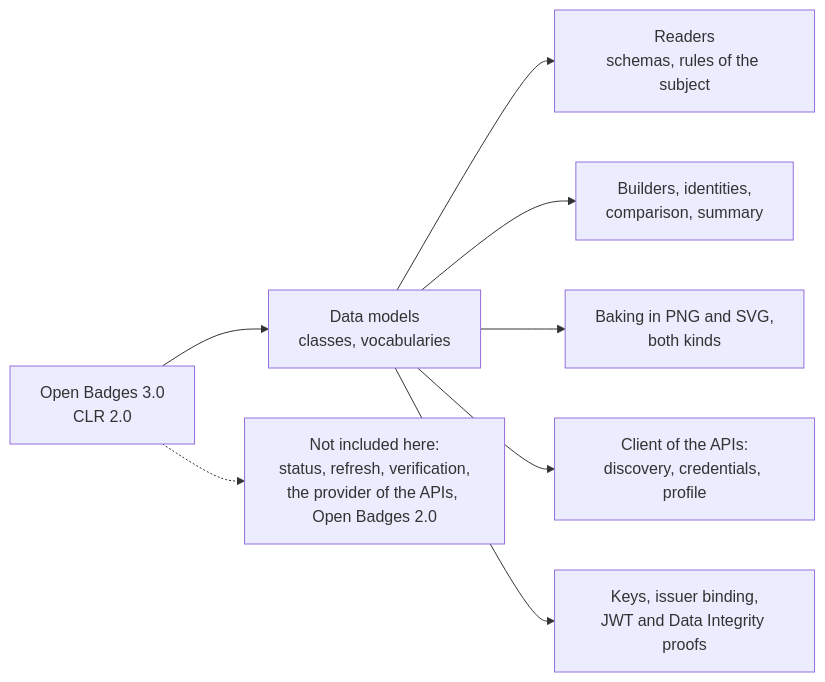
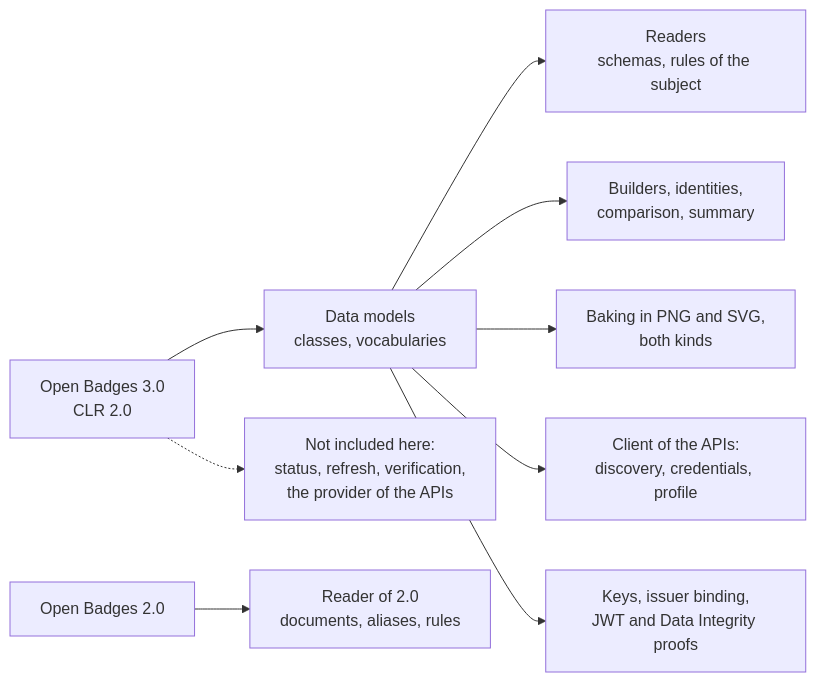
The diagram in docs/achievement-credentials/supported.md (interopkit/interopkit), drawn with Mermaid before and after one commit. The commit also changed other lines of this file and 52 other files, not shown here.

````diff
--- a/docs/achievement-credentials/supported.md
+++ b/docs/achievement-credentials/supported.md
@@ -6,10 +6,11 @@
 ```mermaid
 flowchart LR
   spec["Open Badges 3.0<br/>CLR 2.0"] --> model["Data models<br/>classes, vocabularies"]
   model --> read["Readers<br/>schemas, rules of the subject"]
   model --> issue["Builders, identities,<br/>comparison, summary"]
   model --> baking["Baking in PNG and SVG,<br/>both kinds"]
   model --> client["Client of the APIs:<br/>discovery, credentials, profile"]
   model --> keys["Keys, issuer binding,<br/>JWT and Data Integrity proofs"]
-  spec -.-> outside["Not included here:<br/>status, refresh, verification,<br/>the provider of the APIs, Open Badges 2.0"]
+  spec2["Open Badges 2.0"] --> read2["Reader of 2.0<br/>documents, aliases, rules"]
+  spec -.-> outside["Not included here:<br/>status, refresh, verification,<br/>the provider of the APIs"]
 ```
````
